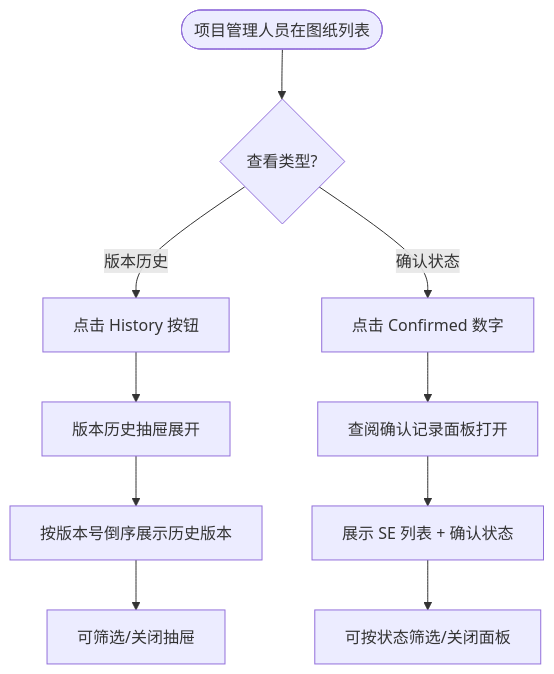
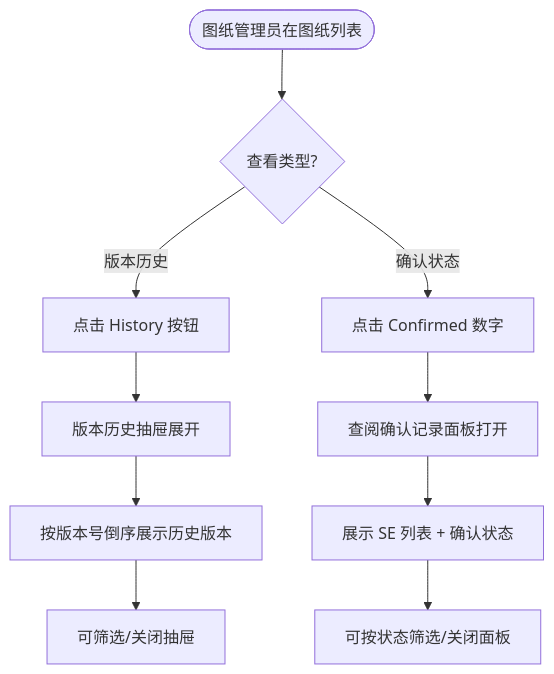
The diagram in requirements/pc/REQ-003C-pc.md (xiayingspace-hue/smart-site), drawn with Mermaid before and after one commit. The commit also changed other lines of this file and 20 other files, not shown here.

First line of the commit message:
refactor(requirements): 按 glossary §2 统一图纸线角色名称

````diff
--- a/requirements/pc/REQ-003C-pc.md
+++ b/requirements/pc/REQ-003C-pc.md
@@ -158,12 +158,12 @@
 ```mermaid
 flowchart TD
-    A([项目管理人员在图纸列表]) --> B{查看类型?}
+    A([图纸管理员在图纸列表]) --> B{查看类型?}
     B -- 版本历史 --> C[点击 History 按钮]
     B -- 确认状态 --> D[点击 Confirmed 数字]
     C --> E[版本历史抽屉展开]
     D --> F[查阅确认记录面板打开]
     E --> G[按版本号倒序展示历史版本]
     F --> H[展示 SE 列表 + 确认状态]
     G --> I[可筛选/关闭抽屉]
     H --> J[可按状态筛选/关闭面板]
 ```
````
